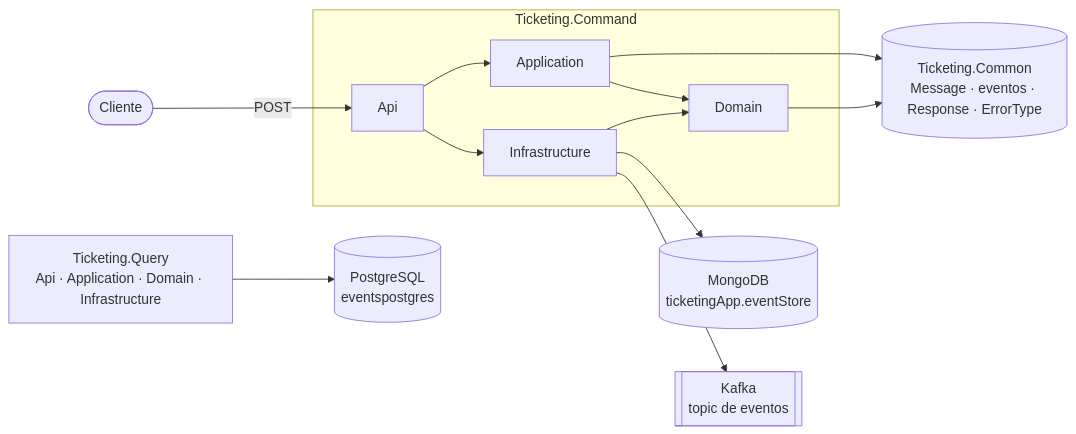
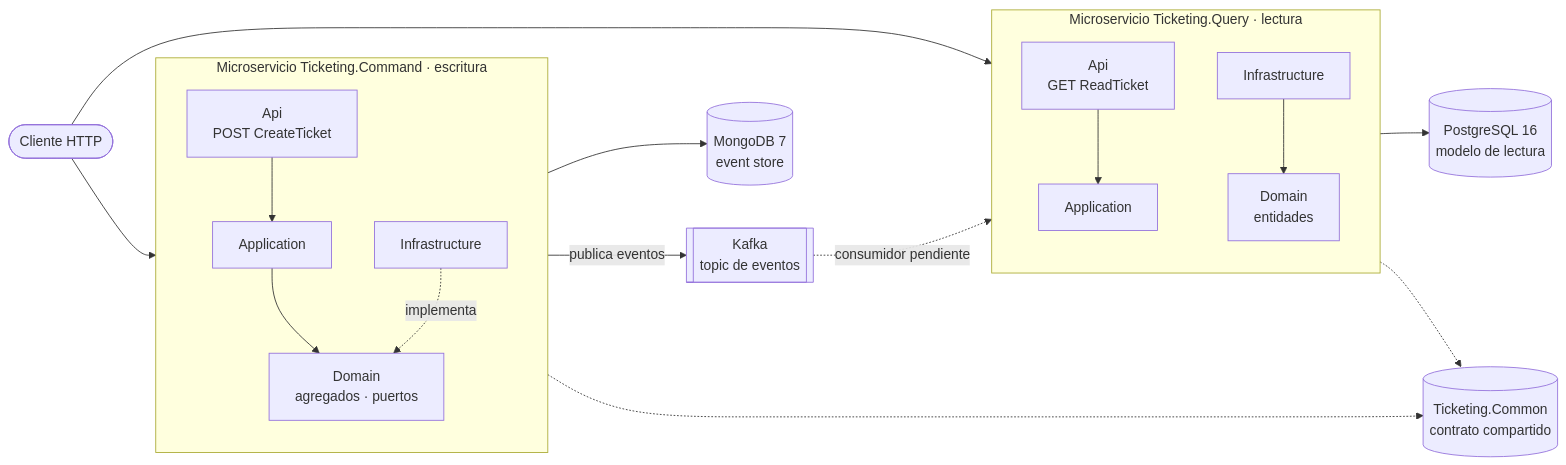
The first of 2 diagrams in Microservices-Events/docs/arquitectura.md (rubendevvalencia/BackendPortfolio), drawn with Mermaid before and after one commit. The commit also changed other lines of this file and 10 other files, not shown here.

````diff
--- a/Microservices-Events/docs/arquitectura.md
+++ b/Microservices-Events/docs/arquitectura.md
@@ -11,22 +17,38 @@
 ```mermaid
 flowchart LR
-    Client([Cliente])
-    subgraph Command[Ticketing.Command]
-        Api[Api] --> App[Application]
-        App --> Dom[Domain]
-        Infra[Infrastructure] --> Dom
-        Api --> Infra
+    Client([Cliente HTTP])
+
+    subgraph CMD["Microservicio Ticketing.Command · escritura"]
+        direction TB
+        CApi["Api<br/>POST CreateTicket"]
+        CApp["Application"]
+        CDom["Domain<br/>agregados · puertos"]
+        CInf["Infrastructure"]
+        CApi --> CApp --> CDom
+        CInf -.->|implementa| CDom
     end
-    Query[Ticketing.Query<br/>Api · Application · Domain · Infrastructure]
-    Common[(Ticketing.Common<br/>Message · eventos · Response · ErrorType)]
-    Mongo[(MongoDB<br/>ticketingApp.eventStore)]
-    Postgres[(PostgreSQL<br/>eventspostgres)]
-    Kafka[[Kafka<br/>topic de eventos]]
 
-    Client -->|POST| Api
-    Infra --> Mongo
-    Infra --> Kafka
-    Query --> Postgres
-    App --> Common
-    Dom --> Common
+    subgraph QRY["Microservicio Ticketing.Query · lectura"]
+        direction TB
+        QApi["Api<br/>GET ReadTicket"]
+        QApp["Application"]
+        QDom["Domain<br/>entidades"]
+        QInf["Infrastructure"]
+        QApi --> QApp
+        QInf --> QDom
+    end
+
+    MONGO[("MongoDB 7<br/>event store")]
+    KAFKA[["Kafka<br/>topic de eventos"]]
+    PG[("PostgreSQL 16<br/>modelo de lectura")]
+    COM[("Ticketing.Common<br/>contrato compartido")]
+
+    Client --> CApi
+    Client --> QApi
+    CInf --> MONGO
+    CInf -->|publica eventos| KAFKA
+    KAFKA -.->|consumidor pendiente| QInf
+    QInf --> PG
+    CMD -.-> COM
+    QRY -.-> COM
 ```
````
